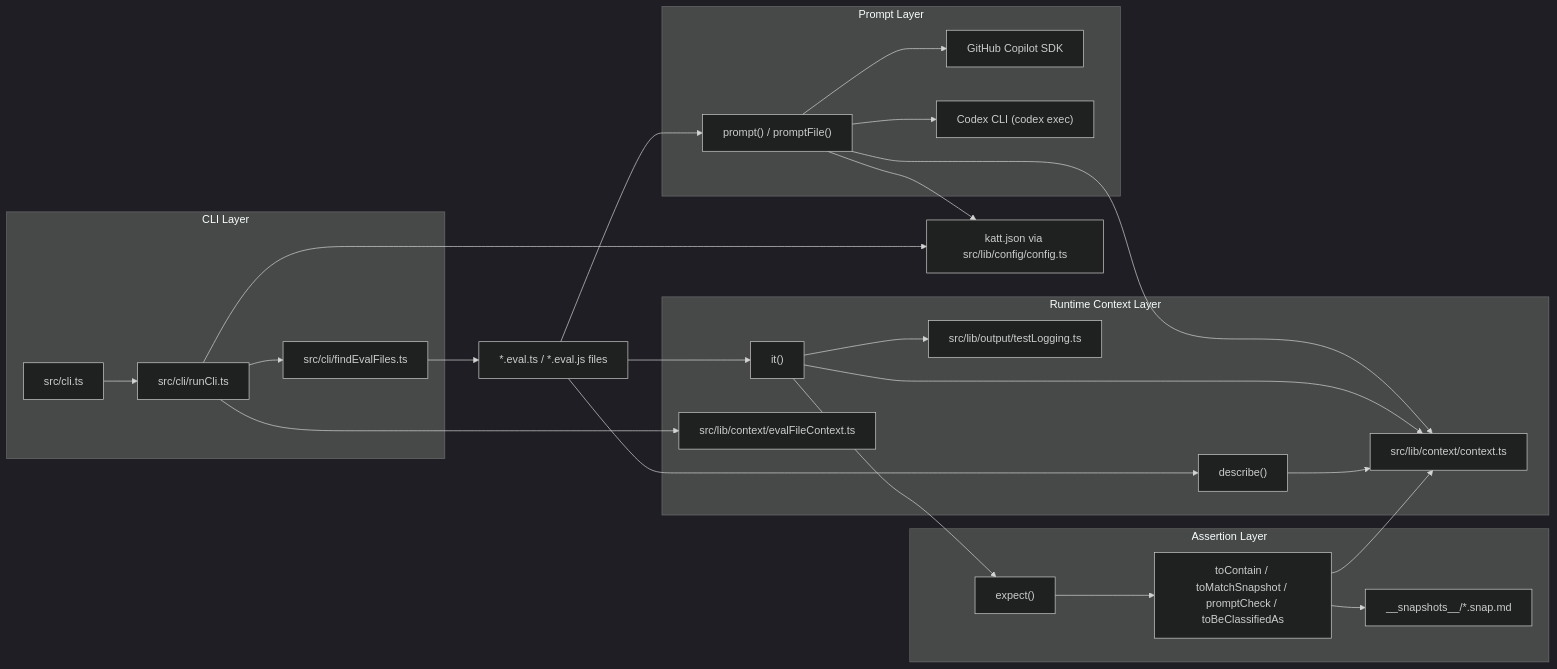
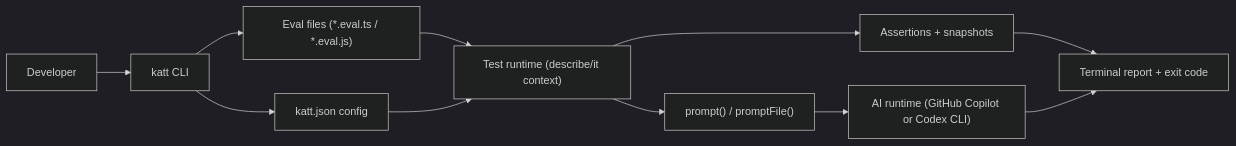
The second of 2 diagrams in README.md (raphaelpor/katt), drawn with Mermaid (dark theme) before and after one commit.

Commit message:
Simplify mermaid flowchart in README
Replace the verbose mermaid subgraph diagram with a simplified, high-level flowchart in README.md. The new diagram abstracts the previous detailed CLI/Runtime/Assertions/Prompting layers into concise nodes (Developer → katt CLI → Eval files/config → Test runtime → Assertions/Prompts → AI → Report) to improve readability and clarity.

````diff
--- a/README.md
+++ b/README.md
@@ -220,54 +220,13 @@
 ```mermaid
 flowchart LR
-  subgraph CLI["CLI Layer"]
-    CliEntry["src/cli.ts"]
-    RunCli["src/cli/runCli.ts"]
-    FindEval["src/cli/findEvalFiles.ts"]
-  end
-
-  subgraph Runtime["Runtime Context Layer"]
-    Describe["describe()"]
-    It["it()"]
-    Context["src/lib/context/context.ts"]
-    EvalFileContext["src/lib/context/evalFileContext.ts"]
-    Logging["src/lib/output/testLogging.ts"]
-  end
-
-  subgraph Assertions["Assertion Layer"]
-    Expect["expect()"]
-    Matchers["toContain / toMatchSnapshot / promptCheck / toBeClassifiedAs"]
-    SnapshotFiles["__snapshots__/*.snap.md"]
-  end
-
-  subgraph Prompting["Prompt Layer"]
-    PromptApi["prompt() / promptFile()"]
-    Copilot["GitHub Copilot SDK"]
-    Codex["Codex CLI (codex exec)"]
-  end
-
-  Config["katt.json via src/lib/config/config.ts"]
-  EvalFiles["*.eval.ts / *.eval.js files"]
-
-  CliEntry --> RunCli
-  RunCli --> FindEval
-  FindEval --> EvalFiles
-  RunCli --> Config
-  RunCli --> EvalFileContext
-
-  EvalFiles --> Describe
-  EvalFiles --> It
-  Describe --> Context
-  It --> Context
-  It --> Logging
-  It --> Expect
-
-  Expect --> Matchers
-  Matchers --> Context
-  Matchers --> SnapshotFiles
-
-  EvalFiles --> PromptApi
-  PromptApi --> Config
-  PromptApi --> Context
-  PromptApi --> Copilot
-  PromptApi --> Codex
+  User["Developer"] --> CLI["katt CLI"]
+  CLI --> EvalFiles["Eval files (*.eval.ts / *.eval.js)"]
+  CLI --> Config["katt.json config"]
+  EvalFiles --> Runtime["Test runtime (describe/it context)"]
+  Config --> Runtime
+  Runtime --> Assertions["Assertions + snapshots"]
+  Runtime --> Prompts["prompt() / promptFile()"]
+  Prompts --> AI["AI runtime (GitHub Copilot or Codex CLI)"]
+  Assertions --> Report["Terminal report + exit code"]
+  AI --> Report
 ```
````
